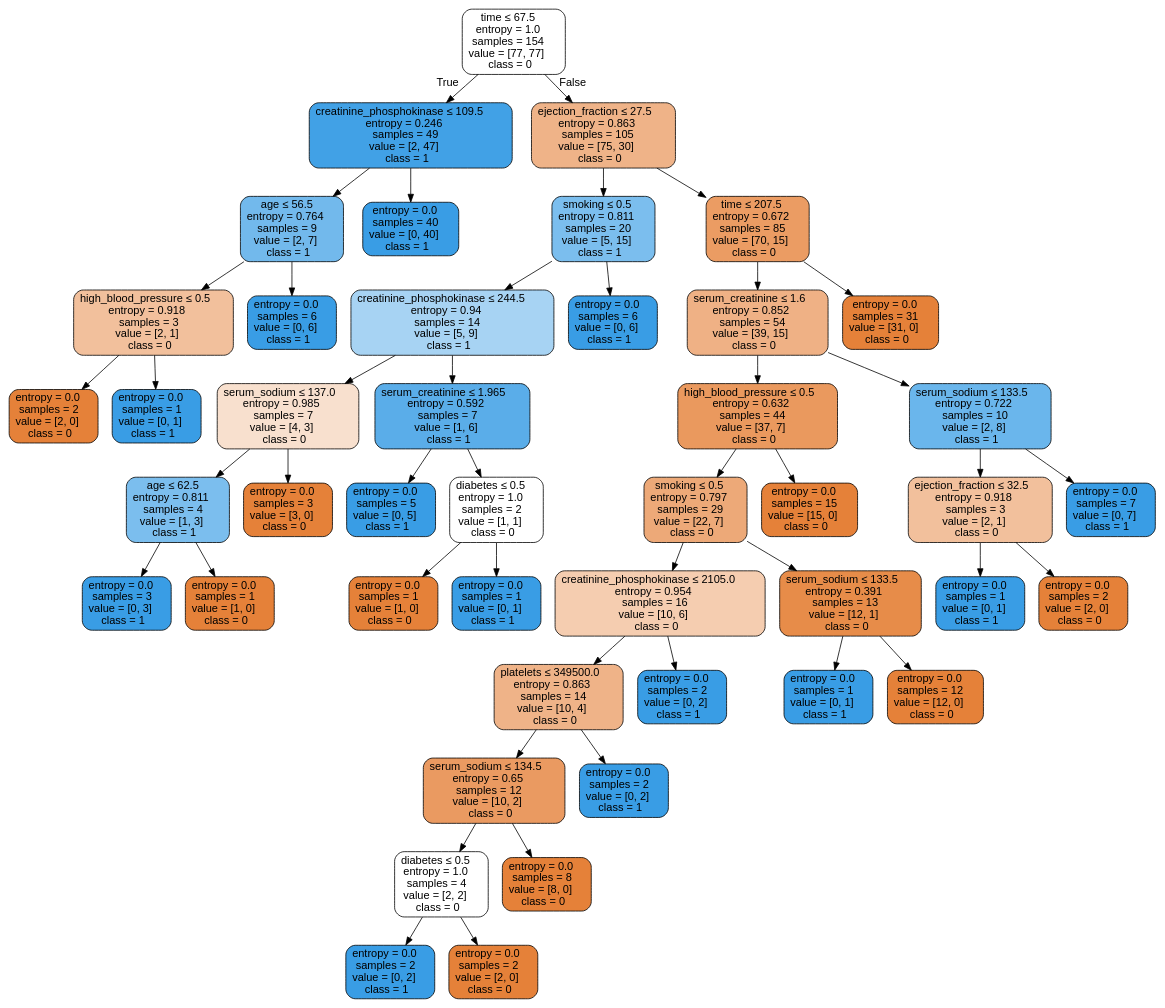
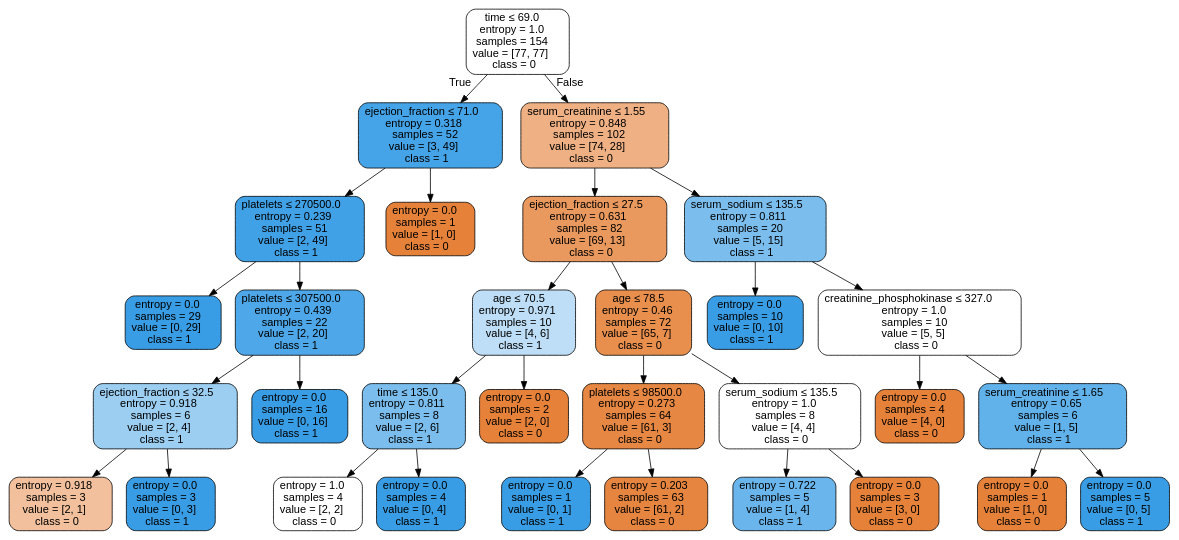
One commit to isabelSoares/CD-2021 changed the diagram in Labs/NewClassifiers/Results/DecisionTrees/UnderSample/First/HFCR - UnderSample - dtree.dot. Above: the diagram before and after it, drawn with Graphviz. The commit also changed 261 other files, not shown here.

```diff
--- a/Labs/NewClassifiers/Results/DecisionTrees/UnderSample/First/HFCR - UnderSample - dtree.dot
+++ b/Labs/NewClassifiers/Results/DecisionTrees/UnderSample/First/HFCR - UnderSample - dtree.dot
@@ -1,93 +1,65 @@
 digraph Tree {
 node [shape=box, style="filled, rounded", color="black", fontname=helvetica] ;
 edge [fontname=helvetica] ;
-0 [label=<time &le; 67.5<br/>entropy = 1.0<br/>samples = 154<br/>value = [77, 77]<br/>class = 0>, fillcolor="#ffffff"] ;
-1 [label=<creatinine_phosphokinase &le; 109.5<br/>entropy = 0.246<br/>samples = 49<br/>value = [2, 47]<br/>class = 1>, fillcolor="#41a1e6"] ;
+0 [label=<time &le; 69.0<br/>entropy = 1.0<br/>samples = 154<br/>value = [77, 77]<br/>class = 0>, fillcolor="#ffffff"] ;
+1 [label=<ejection_fraction &le; 71.0<br/>entropy = 0.318<br/>samples = 52<br/>value = [3, 49]<br/>class = 1>, fillcolor="#45a3e7"] ;
 0 -> 1 [labeldistance=2.5, labelangle=45, headlabel="True"] ;
-2 [label=<age &le; 56.5<br/>entropy = 0.764<br/>samples = 9<br/>value = [2, 7]<br/>class = 1>, fillcolor="#72b9ec"] ;
+2 [label=<platelets &le; 270500.0<br/>entropy = 0.239<br/>samples = 51<br/>value = [2, 49]<br/>class = 1>, fillcolor="#41a1e6"] ;
 1 -> 2 ;
-3 [label=<high_blood_pressure &le; 0.5<br/>entropy = 0.918<br/>samples = 3<br/>value = [2, 1]<br/>class = 0>, fillcolor="#f2c09c"] ;
+3 [label=<entropy = 0.0<br/>samples = 29<br/>value = [0, 29]<br/>class = 1>, fillcolor="#399de5"] ;
 2 -> 3 ;
-4 [label=<entropy = 0.0<br/>samples = 2<br/>value = [2, 0]<br/>class = 0>, fillcolor="#e58139"] ;
-3 -> 4 ;
-5 [label=<entropy = 0.0<br/>samples = 1<br/>value = [0, 1]<br/>class = 1>, fillcolor="#399de5"] ;
-3 -> 5 ;
-6 [label=<entropy = 0.0<br/>samples = 6<br/>value = [0, 6]<br/>class = 1>, fillcolor="#399de5"] ;
-2 -> 6 ;
-7 [label=<entropy = 0.0<br/>samples = 40<br/>value = [0, 40]<br/>class = 1>, fillcolor="#399de5"] ;
-1 -> 7 ;
-8 [label=<ejection_fraction &le; 27.5<br/>entropy = 0.863<br/>samples = 105<br/>value = [75, 30]<br/>class = 0>, fillcolor="#efb388"] ;
-0 -> 8 [labeldistance=2.5, labelangle=-45, headlabel="False"] ;
-9 [label=<smoking &le; 0.5<br/>entropy = 0.811<br/>samples = 20<br/>value = [5, 15]<br/>class = 1>, fillcolor="#7bbeee"] ;
-8 -> 9 ;
-10 [label=<creatinine_phosphokinase &le; 244.5<br/>entropy = 0.94<br/>samples = 14<br/>value = [5, 9]<br/>class = 1>, fillcolor="#a7d3f3"] ;
-9 -> 10 ;
-11 [label=<serum_sodium &le; 137.0<br/>entropy = 0.985<br/>samples = 7<br/>value = [4, 3]<br/>class = 0>, fillcolor="#f8e0ce"] ;
+4 [label=<platelets &le; 307500.0<br/>entropy = 0.439<br/>samples = 22<br/>value = [2, 20]<br/>class = 1>, fillcolor="#4da7e8"] ;
+2 -> 4 ;
+5 [label=<ejection_fraction &le; 32.5<br/>entropy = 0.918<br/>samples = 6<br/>value = [2, 4]<br/>class = 1>, fillcolor="#9ccef2"] ;
+4 -> 5 ;
+6 [label=<entropy = 0.918<br/>samples = 3<br/>value = [2, 1]<br/>class = 0>, fillcolor="#f2c09c"] ;
+5 -> 6 ;
+7 [label=<entropy = 0.0<br/>samples = 3<br/>value = [0, 3]<br/>class = 1>, fillcolor="#399de5"] ;
+5 -> 7 ;
+8 [label=<entropy = 0.0<br/>samples = 16<br/>value = [0, 16]<br/>class = 1>, fillcolor="#399de5"] ;
+4 -> 8 ;
+9 [label=<entropy = 0.0<br/>samples = 1<br/>value = [1, 0]<br/>class = 0>, fillcolor="#e58139"] ;
+1 -> 9 ;
+10 [label=<serum_creatinine &le; 1.55<br/>entropy = 0.848<br/>samples = 102<br/>value = [74, 28]<br/>class = 0>, fillcolor="#efb184"] ;
+0 -> 10 [labeldistance=2.5, labelangle=-45, headlabel="False"] ;
+11 [label=<ejection_fraction &le; 27.5<br/>entropy = 0.631<br/>samples = 82<br/>value = [69, 13]<br/>class = 0>, fillcolor="#ea995e"] ;
 10 -> 11 ;
-12 [label=<age &le; 62.5<br/>entropy = 0.811<br/>samples = 4<br/>value = [1, 3]<br/>class = 1>, fillcolor="#7bbeee"] ;
+12 [label=<age &le; 70.5<br/>entropy = 0.971<br/>samples = 10<br/>value = [4, 6]<br/>class = 1>, fillcolor="#bddef6"] ;
 11 -> 12 ;
-13 [label=<entropy = 0.0<br/>samples = 3<br/>value = [0, 3]<br/>class = 1>, fillcolor="#399de5"] ;
+13 [label=<time &le; 135.0<br/>entropy = 0.811<br/>samples = 8<br/>value = [2, 6]<br/>class = 1>, fillcolor="#7bbeee"] ;
 12 -> 13 ;
-14 [label=<entropy = 0.0<br/>samples = 1<br/>value = [1, 0]<br/>class = 0>, fillcolor="#e58139"] ;
-12 -> 14 ;
-15 [label=<entropy = 0.0<br/>samples = 3<br/>value = [3, 0]<br/>class = 0>, fillcolor="#e58139"] ;
-11 -> 15 ;
-16 [label=<serum_creatinine &le; 1.965<br/>entropy = 0.592<br/>samples = 7<br/>value = [1, 6]<br/>class = 1>, fillcolor="#5aade9"] ;
-10 -> 16 ;
-17 [label=<entropy = 0.0<br/>samples = 5<br/>value = [0, 5]<br/>class = 1>, fillcolor="#399de5"] ;
-16 -> 17 ;
-18 [label=<diabetes &le; 0.5<br/>entropy = 1.0<br/>samples = 2<br/>value = [1, 1]<br/>class = 0>, fillcolor="#ffffff"] ;
-16 -> 18 ;
-19 [label=<entropy = 0.0<br/>samples = 1<br/>value = [1, 0]<br/>class = 0>, fillcolor="#e58139"] ;
+14 [label=<entropy = 1.0<br/>samples = 4<br/>value = [2, 2]<br/>class = 0>, fillcolor="#ffffff"] ;
+13 -> 14 ;
+15 [label=<entropy = 0.0<br/>samples = 4<br/>value = [0, 4]<br/>class = 1>, fillcolor="#399de5"] ;
+13 -> 15 ;
+16 [label=<entropy = 0.0<br/>samples = 2<br/>value = [2, 0]<br/>class = 0>, fillcolor="#e58139"] ;
+12 -> 16 ;
+17 [label=<age &le; 78.5<br/>entropy = 0.46<br/>samples = 72<br/>value = [65, 7]<br/>class = 0>, fillcolor="#e88f4e"] ;
+11 -> 17 ;
+18 [label=<platelets &le; 98500.0<br/>entropy = 0.273<br/>samples = 64<br/>value = [61, 3]<br/>class = 0>, fillcolor="#e68743"] ;
+17 -> 18 ;
+19 [label=<entropy = 0.0<br/>samples = 1<br/>value = [0, 1]<br/>class = 1>, fillcolor="#399de5"] ;
 18 -> 19 ;
-20 [label=<entropy = 0.0<br/>samples = 1<br/>value = [0, 1]<br/>class = 1>, fillcolor="#399de5"] ;
+20 [label=<entropy = 0.203<br/>samples = 63<br/>value = [61, 2]<br/>class = 0>, fillcolor="#e6853f"] ;
 18 -> 20 ;
-21 [label=<entropy = 0.0<br/>samples = 6<br/>value = [0, 6]<br/>class = 1>, fillcolor="#399de5"] ;
-9 -> 21 ;
-22 [label=<time &le; 207.5<br/>entropy = 0.672<br/>samples = 85<br/>value = [70, 15]<br/>class = 0>, fillcolor="#eb9c63"] ;
-8 -> 22 ;
-23 [label=<serum_creatinine &le; 1.6<br/>entropy = 0.852<br/>samples = 54<br/>value = [39, 15]<br/>class = 0>, fillcolor="#efb185"] ;
-22 -> 23 ;
-24 [label=<high_blood_pressure &le; 0.5<br/>entropy = 0.632<br/>samples = 44<br/>value = [37, 7]<br/>class = 0>, fillcolor="#ea995e"] ;
-23 -> 24 ;
-25 [label=<smoking &le; 0.5<br/>entropy = 0.797<br/>samples = 29<br/>value = [22, 7]<br/>class = 0>, fillcolor="#eda978"] ;
+21 [label=<serum_sodium &le; 135.5<br/>entropy = 1.0<br/>samples = 8<br/>value = [4, 4]<br/>class = 0>, fillcolor="#ffffff"] ;
+17 -> 21 ;
+22 [label=<entropy = 0.722<br/>samples = 5<br/>value = [1, 4]<br/>class = 1>, fillcolor="#6ab6ec"] ;
+21 -> 22 ;
+23 [label=<entropy = 0.0<br/>samples = 3<br/>value = [3, 0]<br/>class = 0>, fillcolor="#e58139"] ;
+21 -> 23 ;
+24 [label=<serum_sodium &le; 135.5<br/>entropy = 0.811<br/>samples = 20<br/>value = [5, 15]<br/>class = 1>, fillcolor="#7bbeee"] ;
+10 -> 24 ;
+25 [label=<entropy = 0.0<br/>samples = 10<br/>value = [0, 10]<br/>class = 1>, fillcolor="#399de5"] ;
 24 -> 25 ;
-26 [label=<creatinine_phosphokinase &le; 2105.0<br/>entropy = 0.954<br/>samples = 16<br/>value = [10, 6]<br/>class = 0>, fillcolor="#f5cdb0"] ;
-25 -> 26 ;
-27 [label=<platelets &le; 349500.0<br/>entropy = 0.863<br/>samples = 14<br/>value = [10, 4]<br/>class = 0>, fillcolor="#efb388"] ;
+26 [label=<creatinine_phosphokinase &le; 327.0<br/>entropy = 1.0<br/>samples = 10<br/>value = [5, 5]<br/>class = 0>, fillcolor="#ffffff"] ;
+24 -> 26 ;
+27 [label=<entropy = 0.0<br/>samples = 4<br/>value = [4, 0]<br/>class = 0>, fillcolor="#e58139"] ;
 26 -> 27 ;
-28 [label=<serum_sodium &le; 134.5<br/>entropy = 0.65<br/>samples = 12<br/>value = [10, 2]<br/>class = 0>, fillcolor="#ea9a61"] ;
-27 -> 28 ;
-29 [label=<diabetes &le; 0.5<br/>entropy = 1.0<br/>samples = 4<br/>value = [2, 2]<br/>class = 0>, fillcolor="#ffffff"] ;
+28 [label=<serum_creatinine &le; 1.65<br/>entropy = 0.65<br/>samples = 6<br/>value = [1, 5]<br/>class = 1>, fillcolor="#61b1ea"] ;
+26 -> 28 ;
+29 [label=<entropy = 0.0<br/>samples = 1<br/>value = [1, 0]<br/>class = 0>, fillcolor="#e58139"] ;
 28 -> 29 ;
-30 [label=<entropy = 0.0<br/>samples = 2<br/>value = [0, 2]<br/>class = 1>, fillcolor="#399de5"] ;
-29 -> 30 ;
-31 [label=<entropy = 0.0<br/>samples = 2<br/>value = [2, 0]<br/>class = 0>, fillcolor="#e58139"] ;
-29 -> 31 ;
-32 [label=<entropy = 0.0<br/>samples = 8<br/>value = [8, 0]<br/>class = 0>, fillcolor="#e58139"] ;
-28 -> 32 ;
-33 [label=<entropy = 0.0<br/>samples = 2<br/>value = [0, 2]<br/>class = 1>, fillcolor="#399de5"] ;
-27 -> 33 ;
-34 [label=<entropy = 0.0<br/>samples = 2<br/>value = [0, 2]<br/>class = 1>, fillcolor="#399de5"] ;
-26 -> 34 ;
-35 [label=<serum_sodium &le; 133.5<br/>entropy = 0.391<br/>samples = 13<br/>value = [12, 1]<br/>class = 0>, fillcolor="#e78c49"] ;
-25 -> 35 ;
-36 [label=<entropy = 0.0<br/>samples = 1<br/>value = [0, 1]<br/>class = 1>, fillcolor="#399de5"] ;
-35 -> 36 ;
-37 [label=<entropy = 0.0<br/>samples = 12<br/>value = [12, 0]<br/>class = 0>, fillcolor="#e58139"] ;
-35 -> 37 ;
-38 [label=<entropy = 0.0<br/>samples = 15<br/>value = [15, 0]<br/>class = 0>, fillcolor="#e58139"] ;
-24 -> 38 ;
-39 [label=<serum_sodium &le; 133.5<br/>entropy = 0.722<br/>samples = 10<br/>value = [2, 8]<br/>class = 1>, fillcolor="#6ab6ec"] ;
-23 -> 39 ;
-40 [label=<ejection_fraction &le; 32.5<br/>entropy = 0.918<br/>samples = 3<br/>value = [2, 1]<br/>class = 0>, fillcolor="#f2c09c"] ;
-39 -> 40 ;
-41 [label=<entropy = 0.0<br/>samples = 1<br/>value = [0, 1]<br/>class = 1>, fillcolor="#399de5"] ;
-40 -> 41 ;
-42 [label=<entropy = 0.0<br/>samples = 2<br/>value = [2, 0]<br/>class = 0>, fillcolor="#e58139"] ;
-40 -> 42 ;
-43 [label=<entropy = 0.0<br/>samples = 7<br/>value = [0, 7]<br/>class = 1>, fillcolor="#399de5"] ;
-39 -> 43 ;
-44 [label=<entropy = 0.0<br/>samples = 31<br/>value = [31, 0]<br/>class = 0>, fillcolor="#e58139"] ;
-22 -> 44 ;
+30 [label=<entropy = 0.0<br/>samples = 5<br/>value = [0, 5]<br/>class = 1>, fillcolor="#399de5"] ;
+28 -> 30 ;
 }
```
